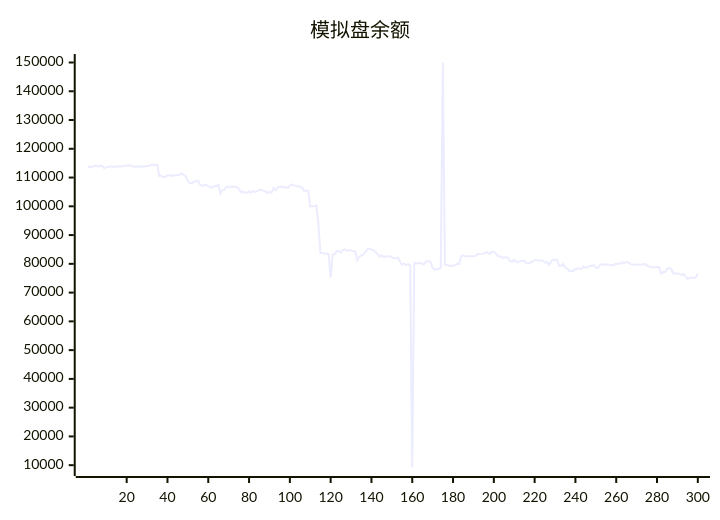
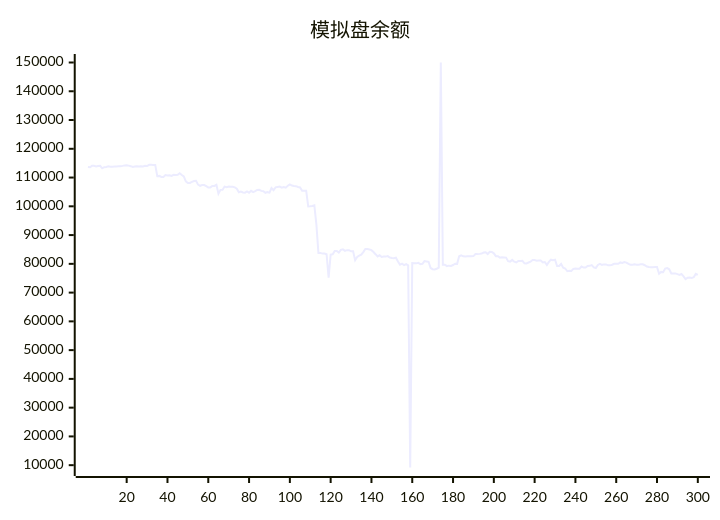
The diagram in README.md (aahl/ai-trading), drawn with Mermaid before and after one commit. The commit also changed other lines of this file and 1 other file, not shown here.

````diff
--- a/README.md
+++ b/README.md
@@ -5,5 +5,5 @@
 ```mermaid
 xychart
     title "模拟盘余额"
-    line [113930,113672,113585,114083,114074,113840,113996,114051,113208,113593,113701,113901,113794,113784,113810,113848,113927,113929,114064,114232,114293,114144,113960,113698,113853,113942,113812,113908,113877,114091,113998,114427,114422,114384,114384,110477,110576,110198,110198,110890,110712,110812,110569,110929,110847,110968,111478,110870,110433,108661,108116,108115,108485,108797,108877,107536,107134,107393,107393,107046,106565,106565,107081,107081,107478,104404,105715,105749,106866,106651,106889,106771,106816,106565,106141,104876,105103,104796,104734,105169,104690,105380,104941,105272,105709,105739,105374,105227,104691,104924,104762,106364,105628,106608,106748,106872,106485,106721,106468,107132,107620,107224,107080,107001,106717,106567,105431,105431,105440,99950,100017,100113,100337,93749,83795,83807,83567,83567,83342,75168,83222,83336,84448,84449,83896,84839,85065,84499,84757,84757,84364,84347,81254,82385,82835,83184,84099,85150,85150,85002,84751,84096,83356,82582,82983,82404,82572,82512,82688,82200,82047,81920,82125,80840,79688,80060,79552,79920,79470,9193,80236,80208,80170,80336,79894,80006,80954,80837,80712,78561,78139,78037,78293,78682,150000,79720,79720,79214,79372,79279,79591,80046,79993,82625,82950,82626,82571,82633,82670,82670,82681,83386,83378,83464,83579,83920,84037,83402,84160,84142,83652,82655,82655,82145,82315,82243,82163,80934,80770,81371,80742,80468,80989,80989,81067,80191,80155,80450,80737,81309,81309,81106,81119,81119,80471,80631,79624,80670,81448,81290,81429,79212,79222,79940,78643,78380,77432,77623,77504,78235,78358,78284,78277,79048,78714,78714,79290,79308,79567,78763,78563,79603,79988,79652,79813,79813,79476,79469,79673,79995,80015,80015,80486,80314,80600,80436,79966,79689,79689,79819,79692,79692,79850,79850,79518,79071,78889,78850,78850,78878,78878,76554,77202,77103,78357,78510,78106,76678,76677,76672,76411,76159,76485,75656,74695,75197,75246,75052,75334,76564]
+    line [113672,113585,114083,114074,113840,113996,114051,113208,113593,113701,113901,113794,113784,113810,113848,113927,113929,114064,114232,114293,114144,113960,113698,113853,113942,113812,113908,113877,114091,113998,114427,114422,114384,114384,110477,110576,110198,110198,110890,110712,110812,110569,110929,110847,110968,111478,110870,110433,108661,108116,108115,108485,108797,108877,107536,107134,107393,107393,107046,106565,106565,107081,107081,107478,104404,105715,105749,106866,106651,106889,106771,106816,106565,106141,104876,105103,104796,104734,105169,104690,105380,104941,105272,105709,105739,105374,105227,104691,104924,104762,106364,105628,106608,106748,106872,106485,106721,106468,107132,107620,107224,107080,107001,106717,106567,105431,105431,105440,99950,100017,100113,100337,93749,83795,83807,83567,83567,83342,75168,83222,83336,84448,84449,83896,84839,85065,84499,84757,84757,84364,84347,81254,82385,82835,83184,84099,85150,85150,85002,84751,84096,83356,82582,82983,82404,82572,82512,82688,82200,82047,81920,82125,80840,79688,80060,79552,79920,79470,9193,80236,80208,80170,80336,79894,80006,80954,80837,80712,78561,78139,78037,78293,78682,150000,79720,79720,79214,79372,79279,79591,80046,79993,82625,82950,82626,82571,82633,82670,82670,82681,83386,83378,83464,83579,83920,84037,83402,84160,84142,83652,82655,82655,82145,82315,82243,82163,80934,80770,81371,80742,80468,80989,80989,81067,80191,80155,80450,80737,81309,81309,81106,81119,81119,80471,80631,79624,80670,81448,81290,81429,79212,79222,79940,78643,78380,77432,77623,77504,78235,78358,78284,78277,79048,78714,78714,79290,79308,79567,78763,78563,79603,79988,79652,79813,79813,79476,79469,79673,79995,80015,80015,80486,80314,80600,80436,79966,79689,79689,79819,79692,79692,79850,79850,79518,79071,78889,78850,78850,78878,78878,76554,77202,77103,78357,78510,78106,76678,76677,76672,76411,76159,76485,75656,74695,75197,75246,75052,75334,76564,76179]
 ```
````
